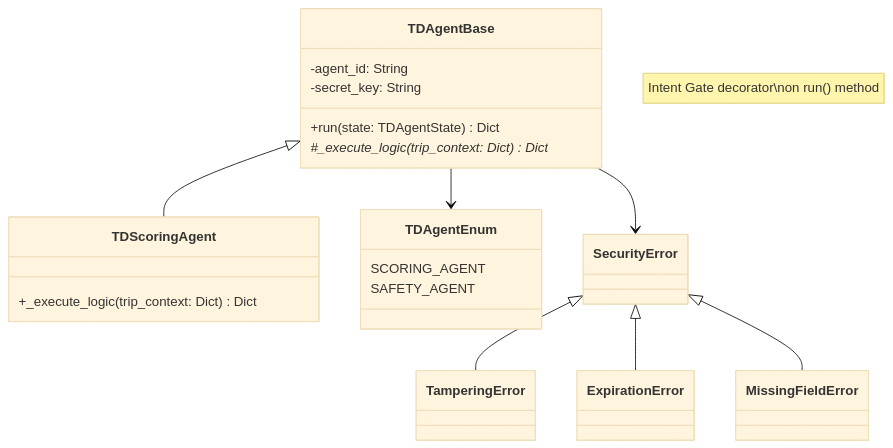
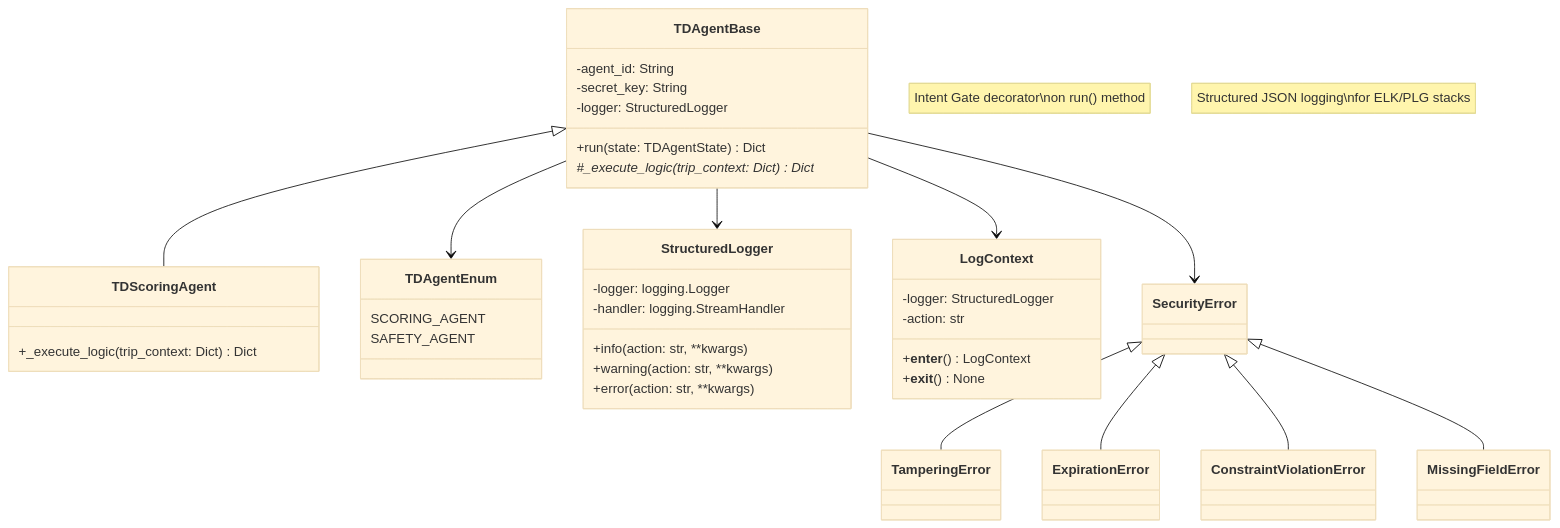
Before and after one commit to Project-Be-Better/learning-agentic-ai: the first of 3 diagrams in agentic-ai-20260325/README.md, drawn with Mermaid (base theme). The commit also changed other lines of this file and 4 other files, not shown here.

````diff
--- a/agentic-ai-20260325/README.md
+++ b/agentic-ai-20260325/README.md
@@ -7,39 +9,62 @@
 ```mermaid
 classDiagram
     class TDAgentBase {
         -agent_id: String
         -secret_key: String
+        -logger: StructuredLogger
         +run(state: TDAgentState) Dict
         #_execute_logic(trip_context: Dict) Dict*
     }
     
     class TDScoringAgent {
         +_execute_logic(trip_context: Dict) Dict
     }
     
     class TDAgentEnum {
         SCORING_AGENT
         SAFETY_AGENT
     }
     
+    class StructuredLogger {
+        -logger: logging.Logger
+        -handler: logging.StreamHandler
+        +info(action: str, **kwargs)
+        +warning(action: str, **kwargs)
+        +error(action: str, **kwargs)
+    }
+    
+    class LogContext {
+        -logger: StructuredLogger
+        -action: str
+        +__enter__() LogContext
+        +__exit__() None
+    }
+    
     class SecurityError {
     }
     
     class TamperingError {
     }
     
     class ExpirationError {
     }
     
+    class ConstraintViolationError {
+    }
+    
     class MissingFieldError {
     }
     
     TDAgentBase <|-- TDScoringAgent
     TDAgentBase --> TDAgentEnum
+    TDAgentBase --> StructuredLogger
+    TDAgentBase --> LogContext
     TDAgentBase --> SecurityError
     SecurityError <|-- TamperingError
     SecurityError <|-- ExpirationError
+    SecurityError <|-- ConstraintViolationError
     SecurityError <|-- MissingFieldError
     
     note "Intent Gate decorator\non run() method"
+    note "Structured JSON logging\nfor ELK/PLG stacks"
 ```
````
